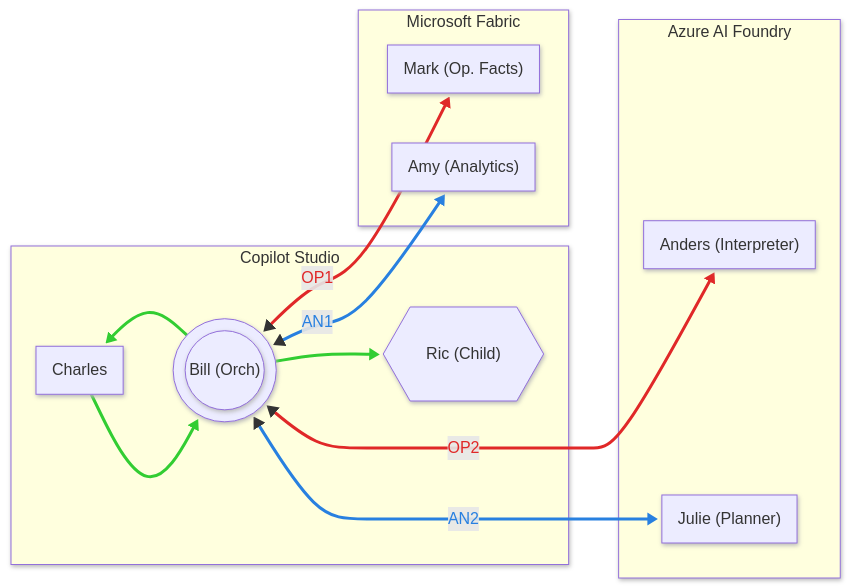
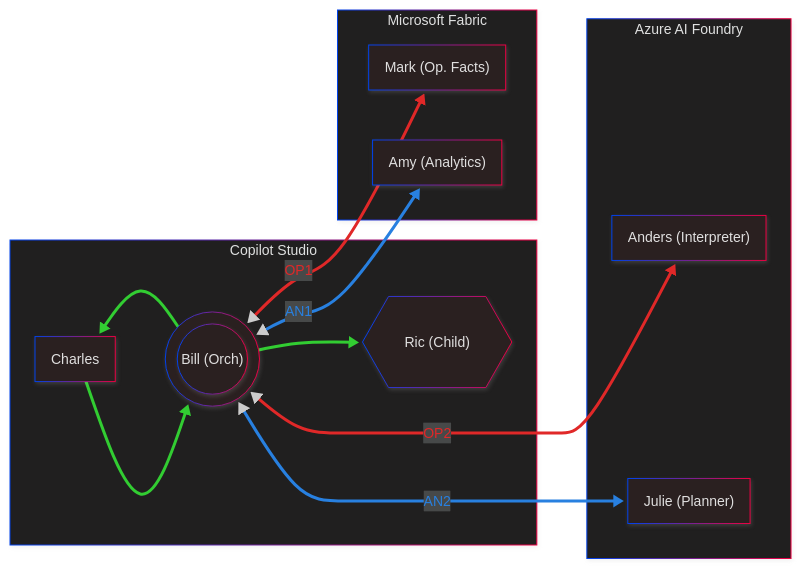
Before and after one commit to warnov/taller-multi-agentic: the diagram in README.md, drawn with Mermaid.

Commit message:
Refactor Mermaid diagram for clarity and style

````diff
--- a/README.md
+++ b/README.md
@@ -54,44 +54,39 @@
 ``` mermaid
 ---
 config:
   look: neo
+  theme: neo-dark
 ---
 flowchart LR
+ subgraph CS["Copilot Studio"]
+        Charles["Charles"]
+        Bill((("Bill (Orch)")))
+        Ric{{"Ric (Child)"}}
+  end
+ subgraph MF["Microsoft Fabric"]
+        Jeffrey["Mark (Op. Facts)"]
+        Amy["Amy (Analytics)"]
+  end
+ subgraph AF["Azure AI Foundry"]
+        Anders["Anders (Interpreter)"]
+        Julie["Julie (Planner)"]
+  end
+    MF ~~~ AF
+    Charles L_Charles_Bill_0@--> Bill
+    Bill L_Bill_Charles_0@--> Charles & Ric
+    Bill <-- OP1 --> Jeffrey
+    Bill <-- OP2 --> Anders
+    Bill <-- AN1 --> Amy
+    Bill <-- AN2 --> Julie
 
-  subgraph CS["Copilot Studio"]
-    Charles["Charles"]
-    Bill((("Bill (Orch)")))
-    Ric{{"Ric (Child)"}}
-  end
+    linkStyle 1 stroke:#32CD32,stroke-width:3px,color:#32CD32,fill:none
+    linkStyle 2 stroke:#32CD32,stroke-width:3px,color:#32CD32,fill:none
+    linkStyle 3 stroke:#32CD32,stroke-width:3px,color:#32CD32,fill:none
+    linkStyle 4 stroke:#E02828,stroke-width:3px,color:#E02828,fill:none
+    linkStyle 5 stroke:#E02828,stroke-width:3px,color:#E02828,fill:none
+    linkStyle 6 stroke:#2880E0,stroke-width:3px,color:#2880E0,fill:none
+    linkStyle 7 stroke:#2880E0,stroke-width:3px,color:#2880E0,fill:none
 
-  subgraph MF["Microsoft Fabric"]
-    Mark["Mark (Op. Facts)"]
-    Amy["Amy (Analytics)"]
-  end
-
-  subgraph AF["Azure AI Foundry"]
-    Anders["Anders (Interpreter)"]
-    Julie["Julie (Planner)"]
-  end
-
-  %% Conexión invisible (Índice 0)
-  MF ~~~ AF
-
-  %% Conexiones
-  Charles --> Bill
-  Bill --> Charles
-  Bill --> Ric
-  Bill <-->|OP1| Mark
-  Bill <-->|OP2| Anders
-  Bill <-->|AN1| Amy
-  Bill <-->|AN2| Julie
-
-  %% Estilos Verdes: Internos CS (Charles y Ric)
-  linkStyle 1,2,3 stroke:#32CD32,stroke-width:3px,color:#32CD32
-  
-  %% Estilos Rojos: Operativos (Mark y Anders)
-  linkStyle 4,5 stroke:#E02828,stroke-width:3px,color:#E02828
-  
-  %% Estilos Azules: Analíticos (Amy y Julie)
-  linkStyle 6,7 stroke:#2880E0,stroke-width:3px,color:#2880E0
+    L_Charles_Bill_0@{ curve: natural } 
+    L_Bill_Charles_0@{ curve: natural }
 ```
````
